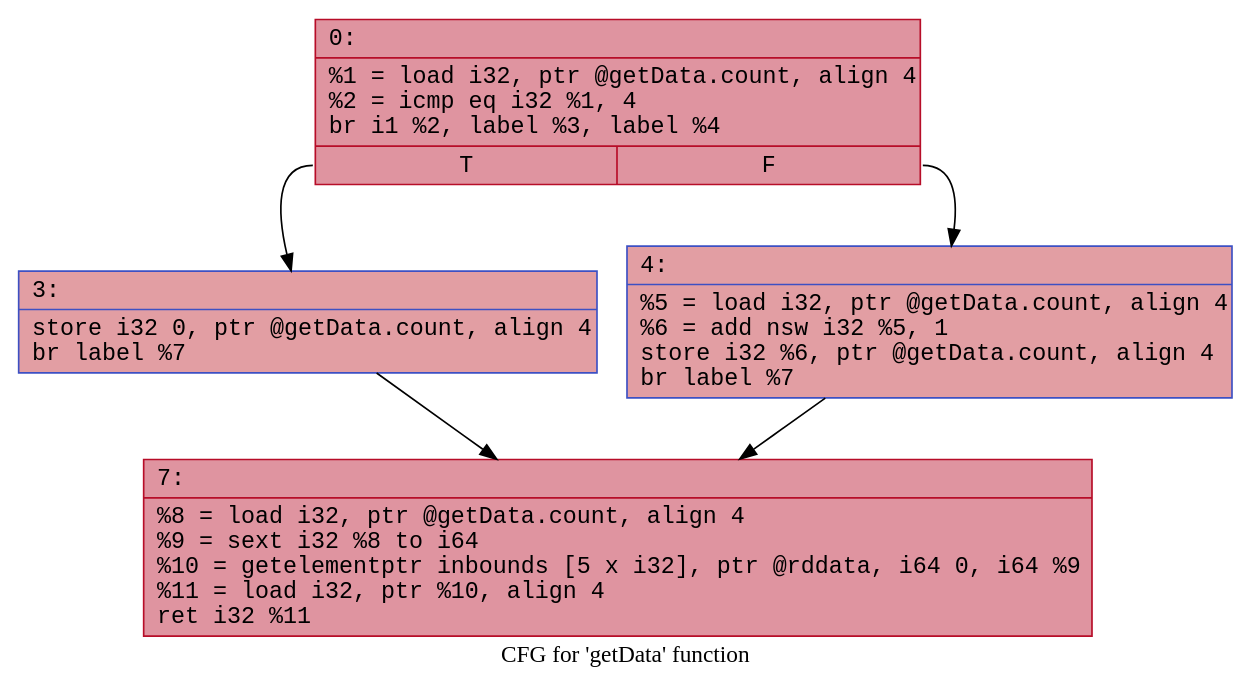
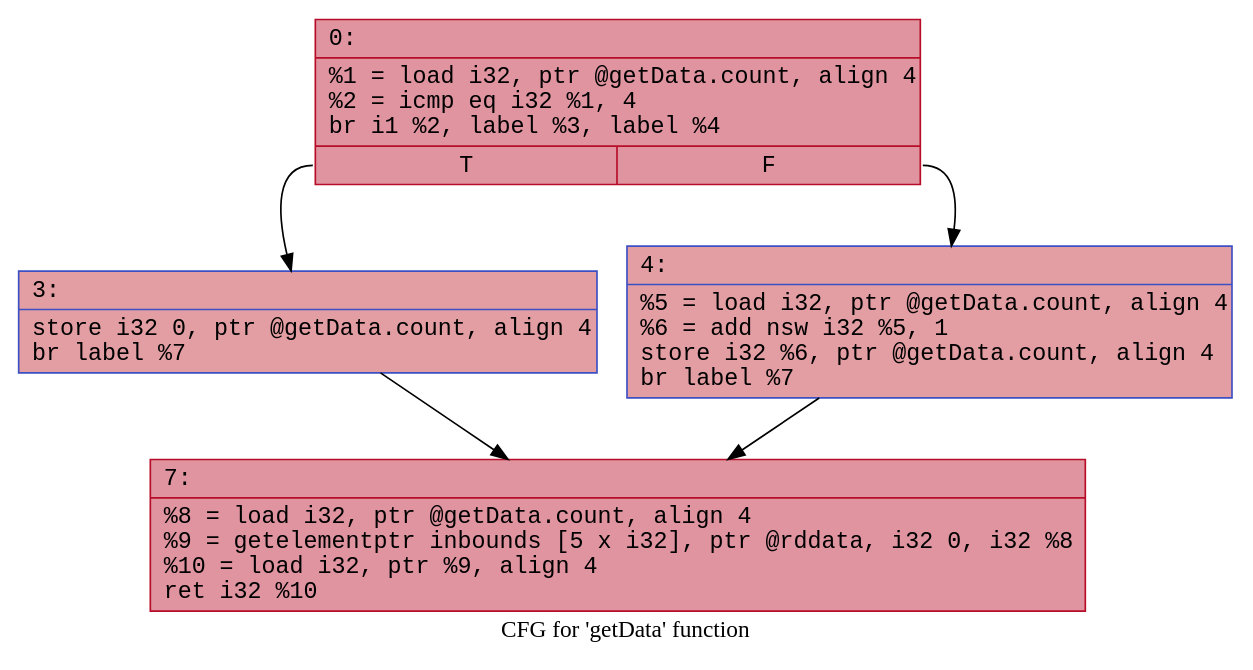
Before and after one commit to JulessD/SETI-project-2025: the diagram in CodeCDataFlow/dot_files/.getData.dot, drawn with Graphviz. The commit also changed 21 other files, not shown here.

```diff
--- a/CodeCDataFlow/dot_files/.getData.dot
+++ b/CodeCDataFlow/dot_files/.getData.dot
@@ -1,12 +1,12 @@
 digraph "CFG for 'getData' function" {
 	label="CFG for 'getData' function";
 
-	Node0x55b1a1488450 [shape=record,color="#b70d28ff", style=filled, fillcolor="#b70d2870" fontname="Courier",label="{0:\l|  %1 = load i32, ptr @getData.count, align 4\l  %2 = icmp eq i32 %1, 4\l  br i1 %2, label %3, label %4\l|{<s0>T|<s1>F}}"];
-	Node0x55b1a1488450:s0 -> Node0x55b1a1488970[tooltip="0 -> 3\nProbability 50.00%" ];
-	Node0x55b1a1488450:s1 -> Node0x55b1a14889d0[tooltip="0 -> 4\nProbability 50.00%" ];
-	Node0x55b1a1488970 [shape=record,color="#3d50c3ff", style=filled, fillcolor="#be242e70" fontname="Courier",label="{3:\l|  store i32 0, ptr @getData.count, align 4\l  br label %7\l}"];
-	Node0x55b1a1488970 -> Node0x55b1a1488bc0[tooltip="3 -> 7\nProbability 100.00%" ];
-	Node0x55b1a14889d0 [shape=record,color="#3d50c3ff", style=filled, fillcolor="#be242e70" fontname="Courier",label="{4:\l|  %5 = load i32, ptr @getData.count, align 4\l  %6 = add nsw i32 %5, 1\l  store i32 %6, ptr @getData.count, align 4\l  br label %7\l}"];
-	Node0x55b1a14889d0 -> Node0x55b1a1488bc0[tooltip="4 -> 7\nProbability 100.00%" ];
-	Node0x55b1a1488bc0 [shape=record,color="#b70d28ff", style=filled, fillcolor="#b70d2870" fontname="Courier",label="{7:\l|  %8 = load i32, ptr @getData.count, align 4\l  %9 = sext i32 %8 to i64\l  %10 = getelementptr inbounds [5 x i32], ptr @rddata, i64 0, i64 %9\l  %11 = load i32, ptr %10, align 4\l  ret i32 %11\l}"];
+	Node0x55799bf61300 [shape=record,color="#b70d28ff", style=filled, fillcolor="#b70d2870" fontname="Courier",label="{0:\l|  %1 = load i32, ptr @getData.count, align 4\l  %2 = icmp eq i32 %1, 4\l  br i1 %2, label %3, label %4\l|{<s0>T|<s1>F}}"];
+	Node0x55799bf61300:s0 -> Node0x55799bf61860[tooltip="0 -> 3\nProbability 50.00%" ];
+	Node0x55799bf61300:s1 -> Node0x55799bf618c0[tooltip="0 -> 4\nProbability 50.00%" ];
+	Node0x55799bf61860 [shape=record,color="#3d50c3ff", style=filled, fillcolor="#be242e70" fontname="Courier",label="{3:\l|  store i32 0, ptr @getData.count, align 4\l  br label %7\l}"];
+	Node0x55799bf61860 -> Node0x55799bf61ab0[tooltip="3 -> 7\nProbability 100.00%" ];
+	Node0x55799bf618c0 [shape=record,color="#3d50c3ff", style=filled, fillcolor="#be242e70" fontname="Courier",label="{4:\l|  %5 = load i32, ptr @getData.count, align 4\l  %6 = add nsw i32 %5, 1\l  store i32 %6, ptr @getData.count, align 4\l  br label %7\l}"];
+	Node0x55799bf618c0 -> Node0x55799bf61ab0[tooltip="4 -> 7\nProbability 100.00%" ];
+	Node0x55799bf61ab0 [shape=record,color="#b70d28ff", style=filled, fillcolor="#b70d2870" fontname="Courier",label="{7:\l|  %8 = load i32, ptr @getData.count, align 4\l  %9 = getelementptr inbounds [5 x i32], ptr @rddata, i32 0, i32 %8\l  %10 = load i32, ptr %9, align 4\l  ret i32 %10\l}"];
 }
```
